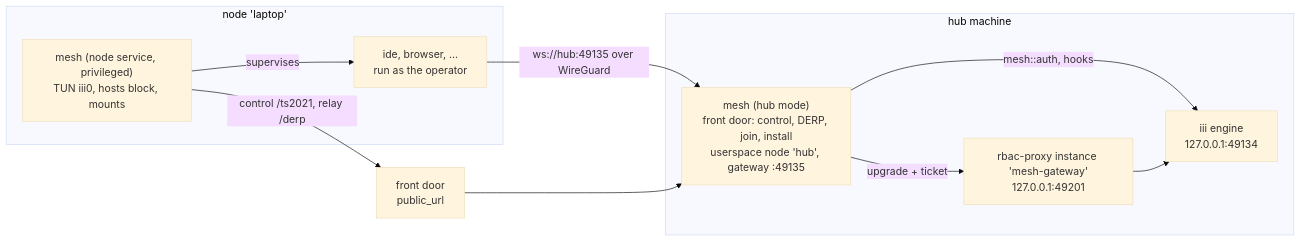
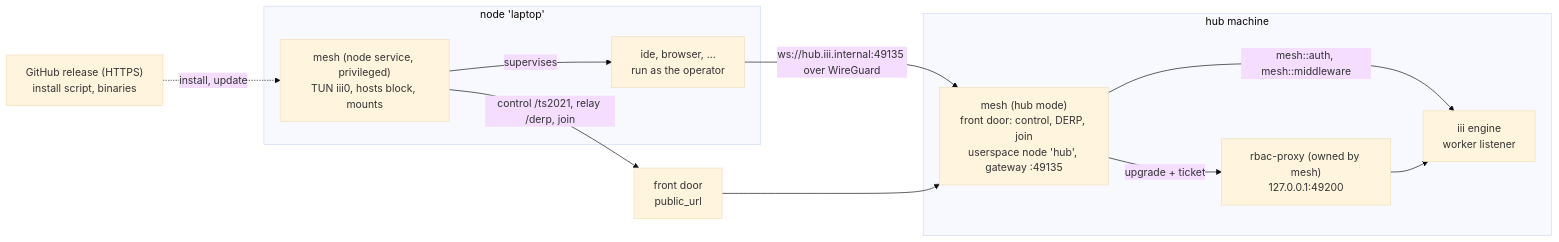
The diagram in tech-specs/2026-10-mesh-worker/README.md (iii-hq/workers), drawn with Mermaid (base theme) before and after one commit. The commit also changed other lines of this file and 1 other file, not shown here.

````diff
--- a/tech-specs/2026-10-mesh-worker/README.md
+++ b/tech-specs/2026-10-mesh-worker/README.md
@@ -83,19 +90,20 @@
 ```mermaid
 flowchart LR
   subgraph HUB[hub machine]
-    E["iii engine<br/>127.0.0.1:49134"]
-    P["rbac-proxy instance 'mesh-gateway'<br/>127.0.0.1:49201"]
-    M["mesh (hub mode)<br/>front door: control, DERP, join, install<br/>userspace node 'hub', gateway :49135"]
-    M -- "mesh::auth, hooks" --> E
+    E["iii engine<br/>worker listener"]
+    P["rbac-proxy (owned by mesh)<br/>127.0.0.1:49200"]
+    M["mesh (hub mode)<br/>front door: control, DERP, join<br/>userspace node 'hub', gateway :49135"]
+    M -- "mesh::auth, mesh::middleware" --> E
     M -- "upgrade + ticket" --> P
     P --> E
   end
   subgraph NODE["node 'laptop'"]
     S["mesh (node service, privileged)<br/>TUN iii0, hosts block, mounts"]
     W["ide, browser, ...<br/>run as the operator"]
     S -- supervises --> W
   end
-  W -- "ws://hub:49135 over WireGuard" --> M
-  S -- "control /ts2021, relay /derp" --> F["front door<br/>public_url"]
+  W -- "ws://hub.iii.internal:49135 over WireGuard" --> M
+  S -- "control /ts2021, relay /derp, join" --> F["front door<br/>public_url"]
   F --> M
+  R["GitHub release (HTTPS)<br/>install script, binaries"] -. "install, update" .-> S
 ```
````
